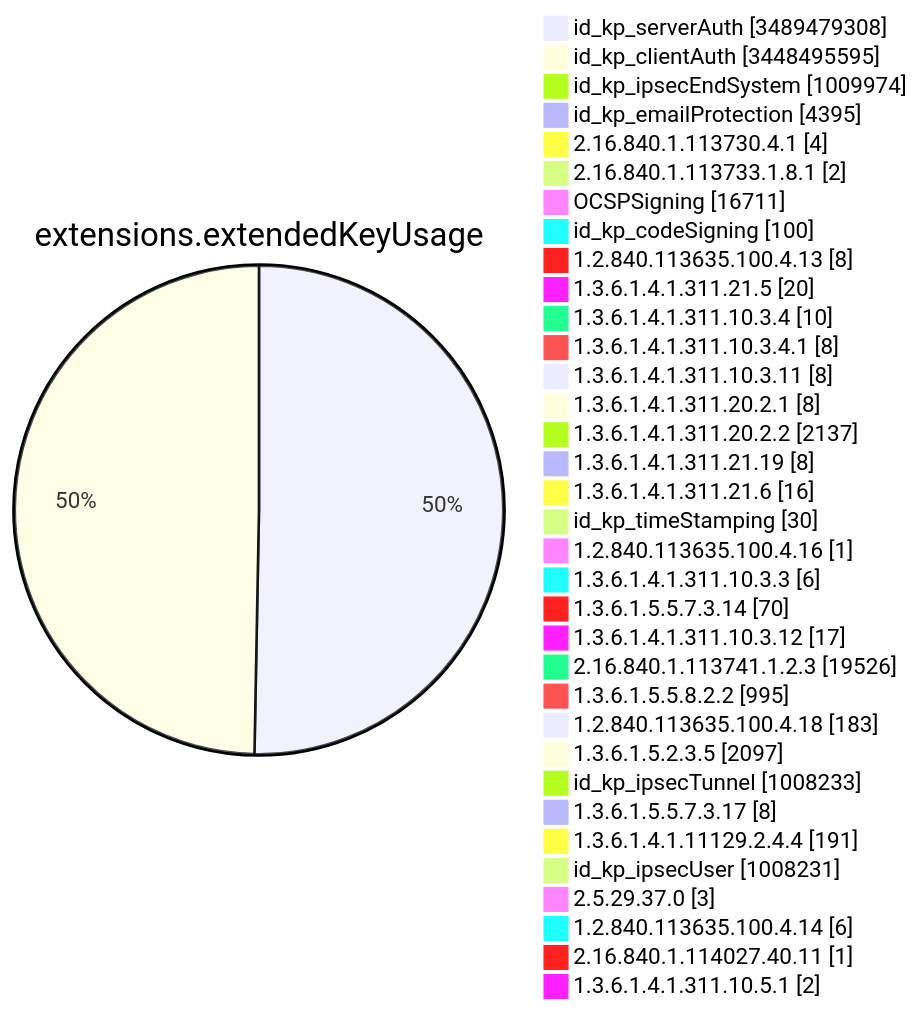
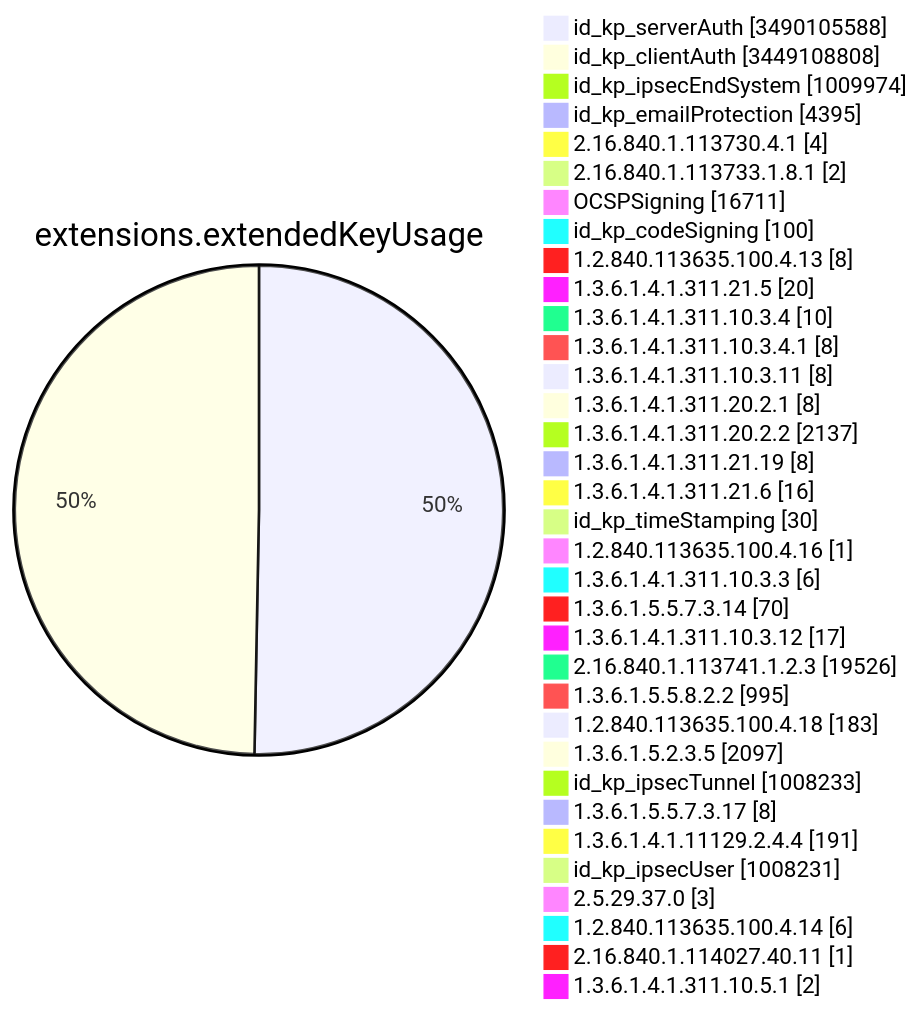
Before and after one commit to christiankrug/ctmonitor_visualization: diagram 11 of 15 in TOTAL/README.md, drawn with Mermaid. The commit also changed other lines of this file, not shown here.

````diff
--- a/TOTAL/README.md
+++ b/TOTAL/README.md
@@ -4124,38 +4124,38 @@
 ```mermaid
 pie showData
 title extensions.extendedKeyUsage
-"id_kp_serverAuth" :3489479308
-"id_kp_clientAuth" :3448495595
+"id_kp_serverAuth" :3490105588
+"id_kp_clientAuth" :3449108808
 "id_kp_ipsecEndSystem" :1009974
 "id_kp_emailProtection" :4395
 "2.16.840.1.113730.4.1" :4
 "2.16.840.1.113733.1.8.1" :2
 "OCSPSigning" :16711
 "id_kp_codeSigning" :100
 "1.2.840.113635.100.4.13" :8
 "1.3.6.1.4.1.311.21.5" :20
 "1.3.6.1.4.1.311.10.3.4" :10
 "1.3.6.1.4.1.311.10.3.4.1" :8
 "1.3.6.1.4.1.311.10.3.11" :8
 "1.3.6.1.4.1.311.20.2.1" :8
 "1.3.6.1.4.1.311.20.2.2" :2137
 "1.3.6.1.4.1.311.21.19" :8
 "1.3.6.1.4.1.311.21.6" :16
 "id_kp_timeStamping" :30
 "1.2.840.113635.100.4.16" :1
 "1.3.6.1.4.1.311.10.3.3" :6
 "1.3.6.1.5.5.7.3.14" :70
 "1.3.6.1.4.1.311.10.3.12" :17
 "2.16.840.1.113741.1.2.3" :19526
 "1.3.6.1.5.5.8.2.2" :995
 "1.2.840.113635.100.4.18" :183
 "1.3.6.1.5.2.3.5" :2097
 "id_kp_ipsecTunnel" :1008233
 "1.3.6.1.5.5.7.3.17" :8
 "1.3.6.1.4.1.11129.2.4.4" :191
 "id_kp_ipsecUser" :1008231
 "2.5.29.37.0" :3
 "1.2.840.113635.100.4.14" :6
 "2.16.840.1.114027.40.11" :1
 "1.3.6.1.4.1.311.10.5.1" :2
 ```
````
